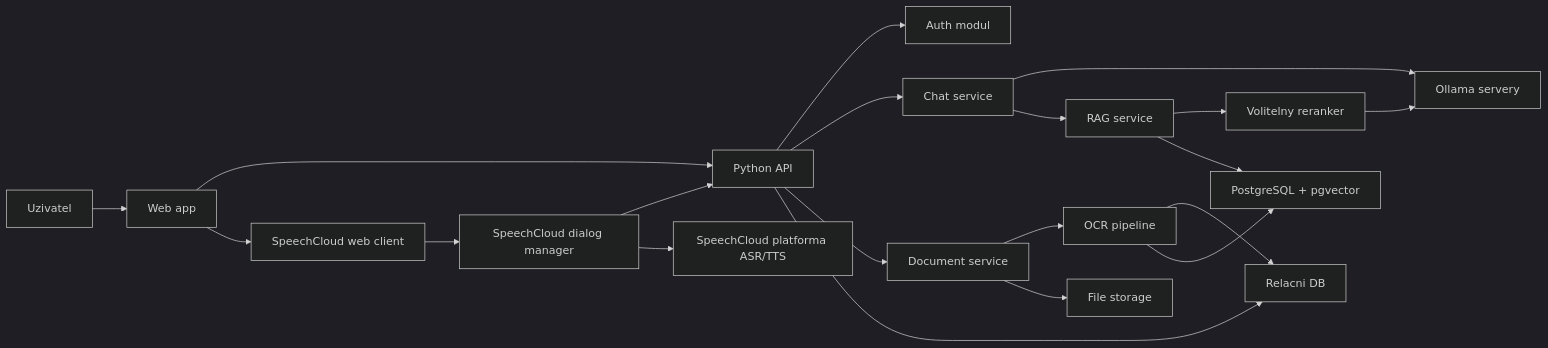
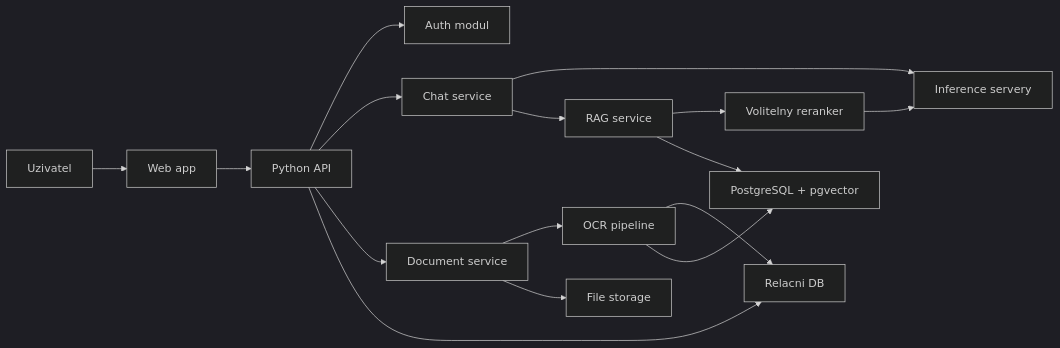
One commit to VLepic/Receipt_chat changed the diagram in docs/02-architecture.md. Above: the diagram before and after it, drawn with Mermaid (dark theme). The commit also changed other lines of this file and 77 other files, not shown here.

````diff
--- a/docs/02-architecture.md
+++ b/docs/02-architecture.md
@@ -7,22 +7,18 @@
 ```mermaid
 flowchart LR
     User["Uzivatel"] --> Web["Web app"]
     Web --> API["Python API"]
-    Web --> SC["SpeechCloud web client"]
-    SC --> DM["SpeechCloud dialog manager"]
     API --> Auth["Auth modul"]
     API --> Chat["Chat service"]
     API --> Docs["Document service"]
-    Chat --> Ollama["Ollama servery"]
-    DM --> API
-    DM --> SCAPI["SpeechCloud platforma ASR/TTS"]
+    Chat --> Ollama["Inference servery"]
     Chat --> RAG["RAG service"]
     RAG --> RR["Volitelny reranker"]
     RR --> Ollama
     RAG --> VectorDB["PostgreSQL + pgvector"]
     Docs --> OCR["OCR pipeline"]
     Docs --> Storage["File storage"]
     API --> DB["Relacni DB"]
     OCR --> DB
     OCR --> VectorDB
 ```
````
